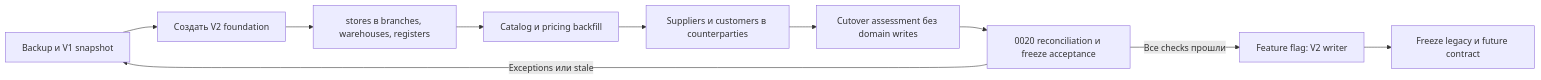
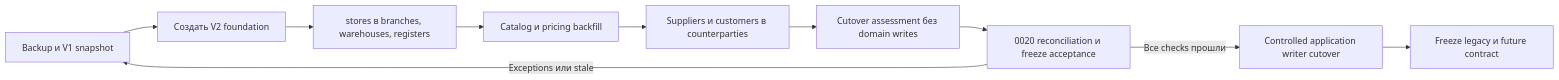
One commit to AkmalkhonIbrokhimov/market-pos changed the eighth of 8 diagrams in docs/DATABASE_DESIGN_V2.md. Above: the diagram before and after it, drawn with Mermaid. The commit also changed other lines of this file and 2 other files, not shown here.

Commit message:
fix(db): harden merged v2 cutover gate

````diff
--- a/docs/DATABASE_DESIGN_V2.md
+++ b/docs/DATABASE_DESIGN_V2.md
@@ -2255,18 +2262,18 @@
 ```mermaid
 flowchart LR
   Snapshot["Backup и V1 snapshot"]
   Foundation["Создать V2 foundation"]
   Locations["stores в branches, warehouses, registers"]
   Catalog["Catalog и pricing backfill"]
   Parties["Suppliers и customers в counterparties"]
   Assess["Cutover assessment без domain writes"]
   Reconcile["0020 reconciliation и freeze acceptance"]
-  Switch["Feature flag: V2 writer"]
+  Switch["Controlled application writer cutover"]
   Contract["Freeze legacy и future contract"]
 
   Snapshot --> Foundation --> Locations --> Catalog --> Parties --> Assess
   Assess --> Reconcile
   Reconcile -->|"Все checks прошли"| Switch
   Reconcile -->|"Exceptions или stale"| Snapshot
   Switch --> Contract
 ```
````
